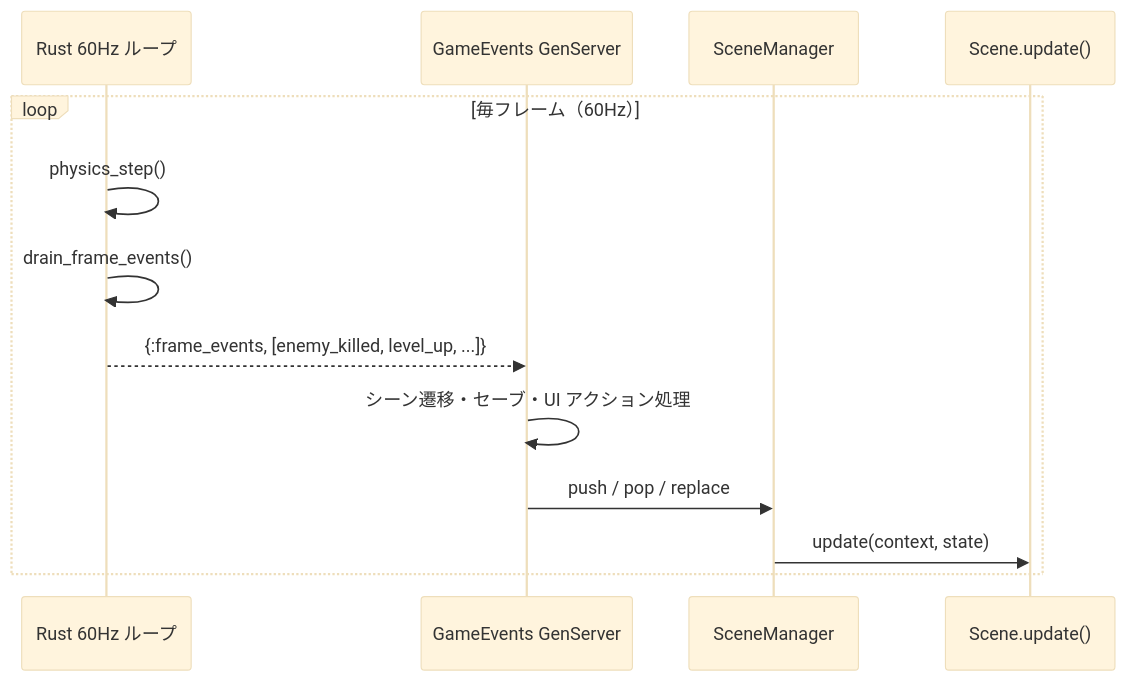
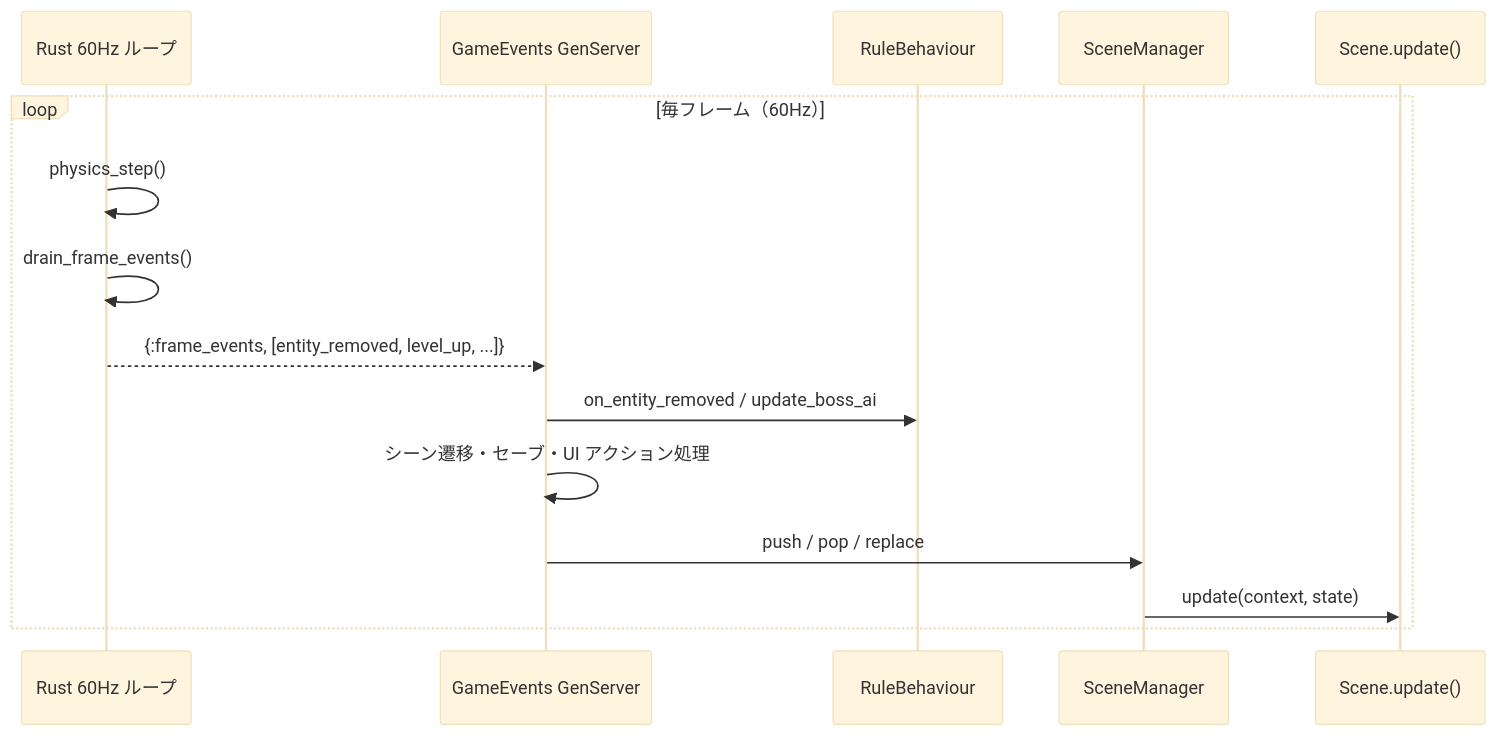
Before and after one commit to FRICK-ELDY/alchemy-engine: the third of 4 diagrams in docs/architecture-overview.md, drawn with Mermaid (base theme). The commit also changed other lines of this file and 6 other files, not shown here.

````diff
--- a/docs/architecture-overview.md
+++ b/docs/architecture-overview.md
@@ -221,16 +230,18 @@
 ```mermaid
 sequenceDiagram
     participant R as Rust 60Hz ループ
     participant GE as GameEvents GenServer
+    participant RULE as RuleBehaviour
     participant SM as SceneManager
     participant S as Scene.update()
 
     loop 毎フレーム（60Hz）
         R->>R: physics_step()
         R->>R: drain_frame_events()
-        R-->>GE: {:frame_events, [enemy_killed, level_up, ...]}
+        R-->>GE: {:frame_events, [entity_removed, level_up, ...]}
+        GE->>RULE: on_entity_removed / update_boss_ai
         GE->>GE: シーン遷移・セーブ・UI アクション処理
         GE->>SM: push / pop / replace
         SM->>S: update(context, state)
     end
 ```
````
